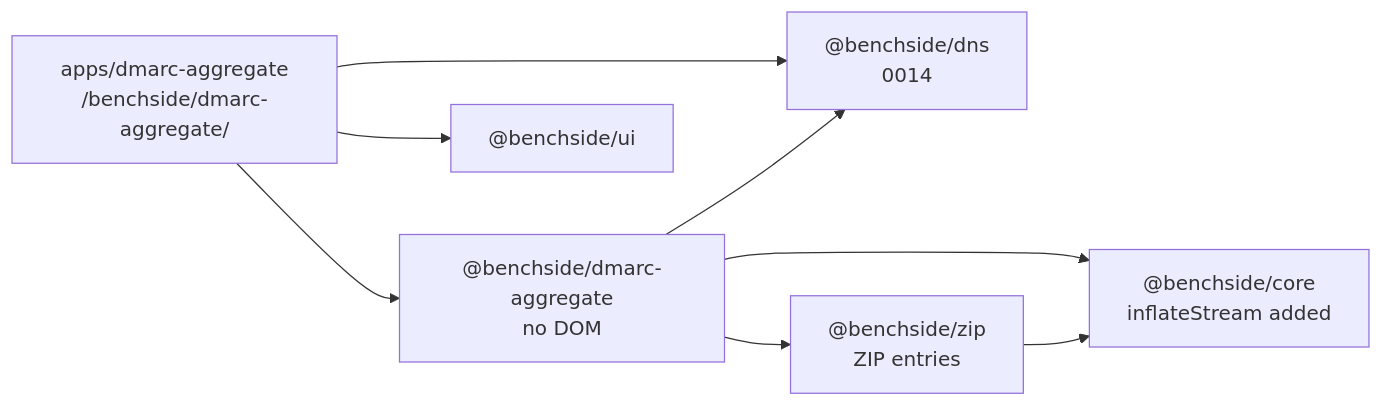
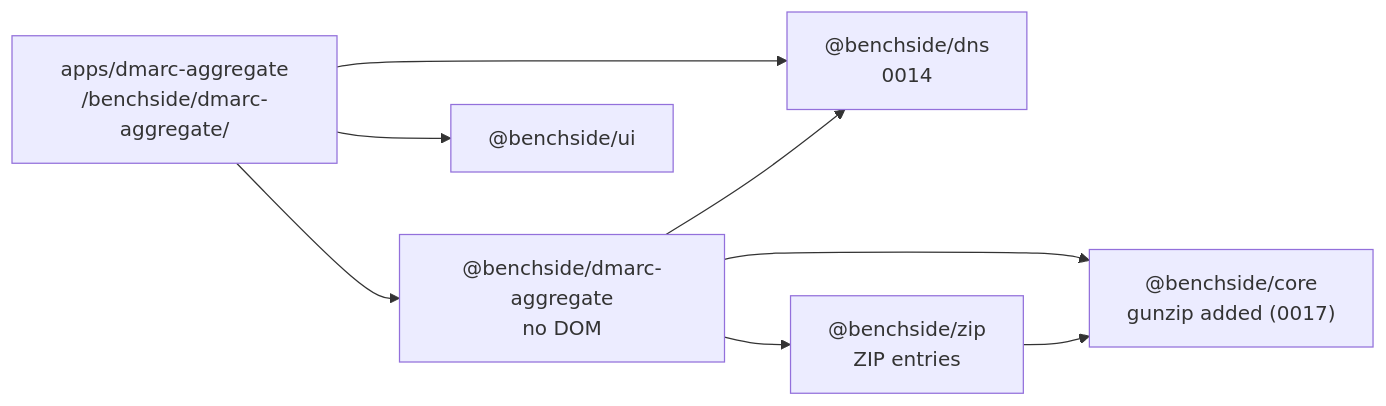
The diagram in docs/explanation/decisions/0013-dmarc-aggregate-app.md (photom/benchside), drawn with Mermaid before and after one commit. The commit also changed other lines of this file and 10 other files, not shown here.

First line of the commit message:
Add gunzip to @benchside/core (step 2, ADR 0017) (#24)

````diff
--- a/docs/explanation/decisions/0013-dmarc-aggregate-app.md
+++ b/docs/explanation/decisions/0013-dmarc-aggregate-app.md
@@ -13,10 +13,10 @@
 ```mermaid
 flowchart LR
   app["apps/dmarc-aggregate<br/>/benchside/dmarc-aggregate/"] --> pkg["@benchside/dmarc-aggregate<br/>no DOM"]
   app --> dns["@benchside/dns<br/>0014"]
   app --> ui["@benchside/ui"]
   pkg --> zip["@benchside/zip<br/>ZIP entries"]
-  pkg --> core["@benchside/core<br/>inflateStream added"]
+  pkg --> core["@benchside/core<br/>gunzip added (0017)"]
   pkg --> dns
   zip --> core
 ```
````
